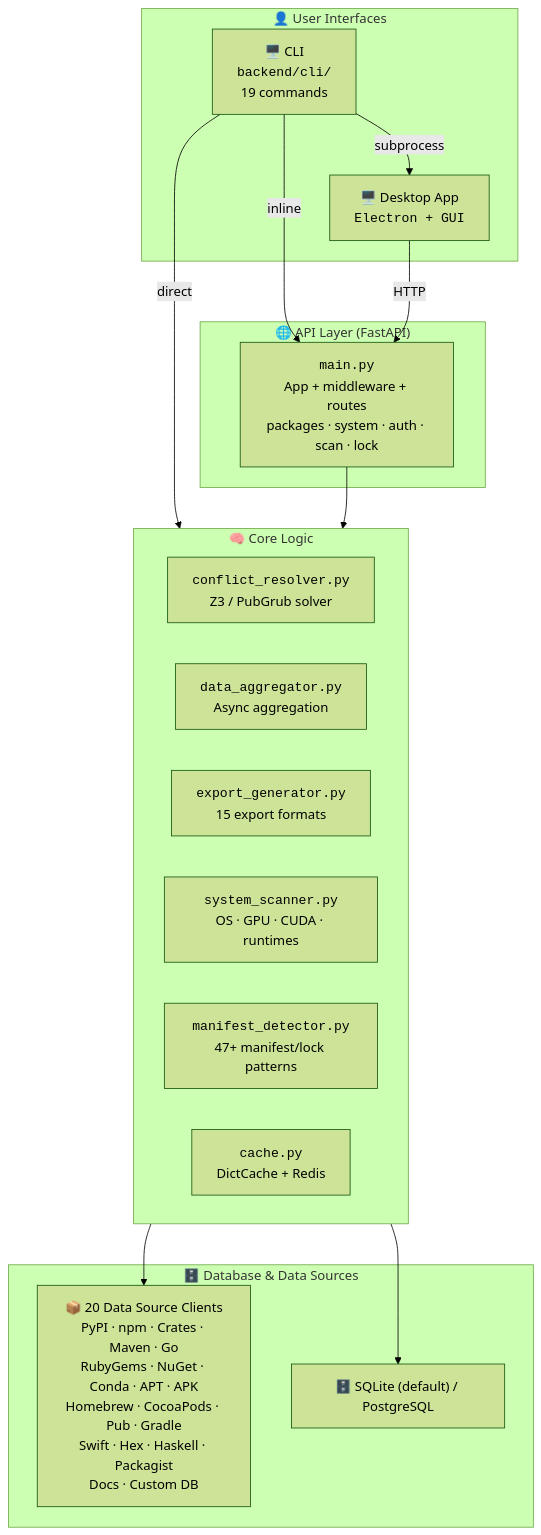
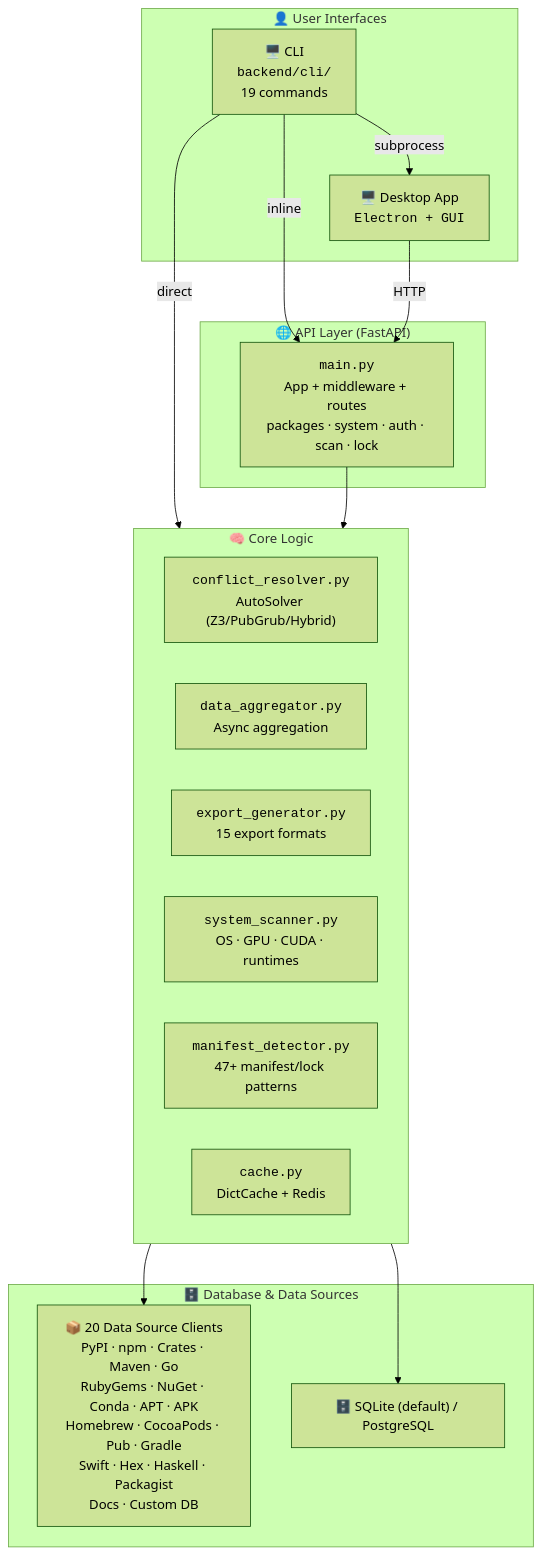
Before and after one commit to code-with-zeeshan/universal-dependency-resolver: the second of 2 diagrams in docs/USER_GUIDE.md, drawn with Mermaid (forest theme). The commit also changed other lines of this file and 156 other files, not shown here.

````diff
--- a/docs/USER_GUIDE.md
+++ b/docs/USER_GUIDE.md
@@ -168,33 +168,33 @@
 ```mermaid
 graph TB
     subgraph UserLayer["👤 User Interfaces"]
         CLI["🖥️ CLI<br/><code>backend/cli/</code><br/>19 commands"]
         DESKTOP["🖥️ Desktop App<br/><code>Electron + GUI</code>"]
     end
 
     subgraph APILayer["🌐 API Layer (FastAPI)"]
         API["<code>main.py</code><br/>App + middleware + routes<br/>packages · system · auth · scan · lock"]
     end
 
     subgraph CoreLayer["🧠 Core Logic"]
-        CR["<code>conflict_resolver.py</code><br/>Z3 / PubGrub solver"]
+        CR["<code>conflict_resolver.py</code><br/>AutoSolver (Z3/PubGrub/Hybrid)"]
         DA["<code>data_aggregator.py</code><br/>Async aggregation"]
         EG["<code>export_generator.py</code><br/>15 export formats"]
         SS["<code>system_scanner.py</code><br/>OS · GPU · CUDA · runtimes"]
         MD["<code>manifest_detector.py</code><br/>47+ manifest/lock patterns"]
         CACHE["<code>cache.py</code><br/>DictCache + Redis"]
     end
 
     subgraph DBLayer["🗄️ Database & Data Sources"]
         DS["📦 20 Data Source Clients<br/>PyPI · npm · Crates · Maven · Go<br/>RubyGems · NuGet · Conda · APT · APK<br/>Homebrew · CocoaPods · Pub · Gradle<br/>Swift · Hex · Haskell · Packagist<br/>Docs · Custom DB"]
         DB["🗄️ SQLite (default) / PostgreSQL"]
     end
 
     CLI -->|"inline"| API
     CLI -->|"direct"| CoreLayer
     CLI -->|"subprocess"| DESKTOP
     DESKTOP -->|"HTTP"| API
     API --> CoreLayer
     CoreLayer --> DS
     CoreLayer --> DB
 ```
````
